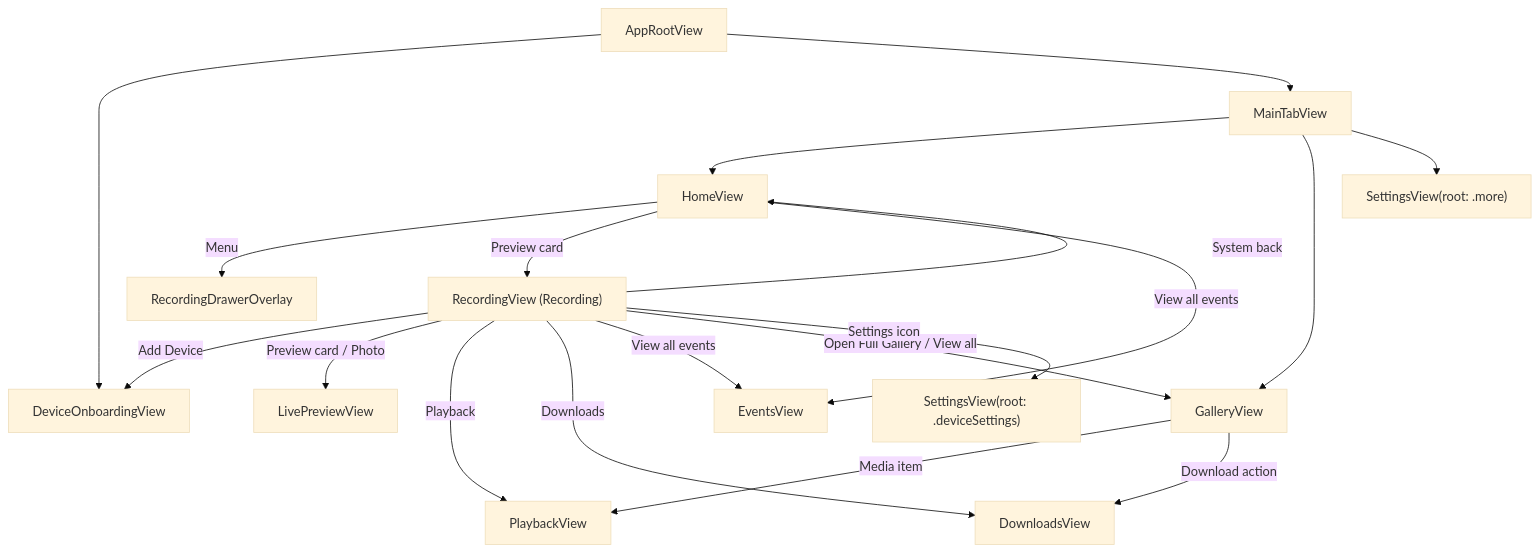
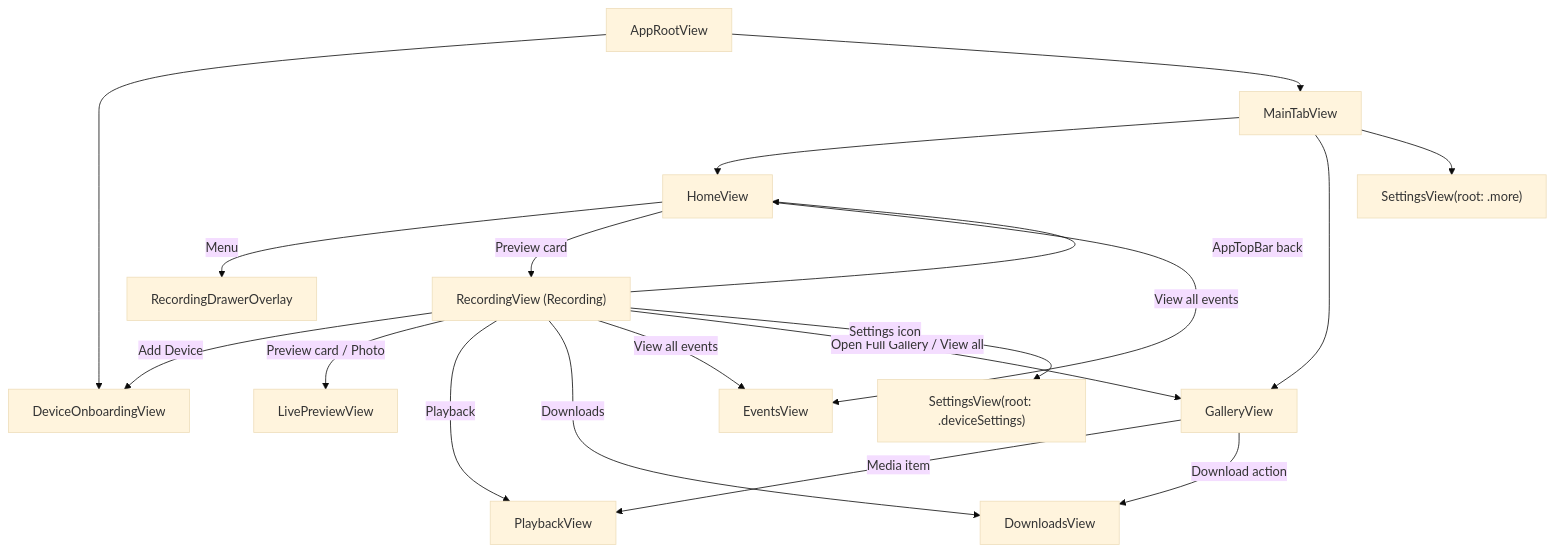
One commit to LitDragon/Cam360 changed the diagram in docs/specs/ui-flow/README.md. Above: the diagram before and after it, drawn with Mermaid (base theme). The commit also changed other lines of this file and 10 other files, not shown here.

````diff
--- a/docs/specs/ui-flow/README.md
+++ b/docs/specs/ui-flow/README.md
@@ -24,22 +24,22 @@
 ```mermaid
 flowchart TD
     Root["AppRootView"]
     Root --> Onboarding["DeviceOnboardingView"]
     Root --> Main["MainTabView"]
     Main --> Home["HomeView"]
     Main --> Gallery["GalleryView"]
     Main --> Settings["SettingsView(root: .more)"]
     Home -->|Menu| Drawer["RecordingDrawerOverlay"]
     Home -->|Preview card| Recording["RecordingView (Recording)"]
     Home -->|View all events| Events["EventsView"]
     Recording -->|Add Device| Onboarding
-    Recording -->|System back| Home
+    Recording -->|AppTopBar back| Home
     Recording -->|Preview card / Photo| LivePreview["LivePreviewView"]
     Recording -->|Playback| Playback["PlaybackView"]
     Recording -->|Downloads| Downloads["DownloadsView"]
     Recording -->|View all events| Events["EventsView"]
     Recording -->|Open Full Gallery / View all| Gallery
     Recording -->|Settings icon| DeviceSettings["SettingsView(root: .deviceSettings)"]
     Gallery -->|Media item| Playback
     Gallery -->|Download action| Downloads
 ```
````
